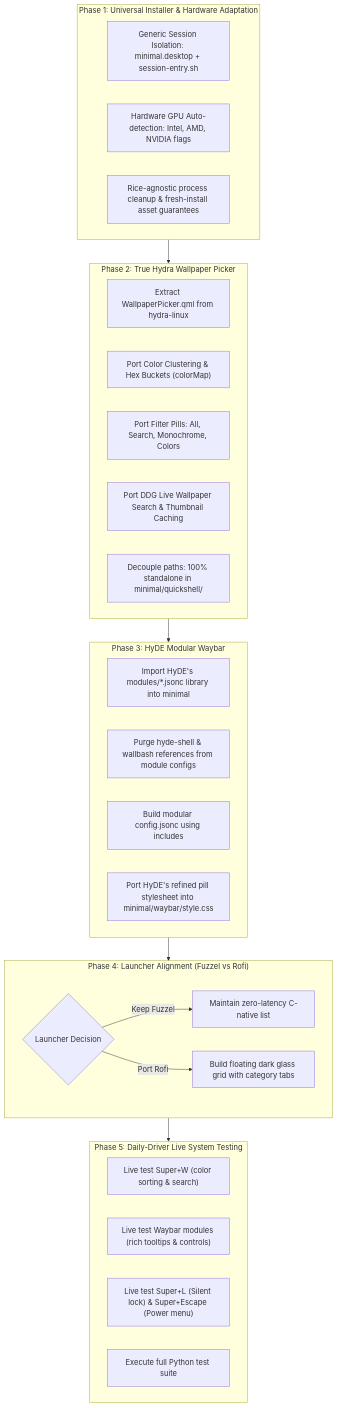
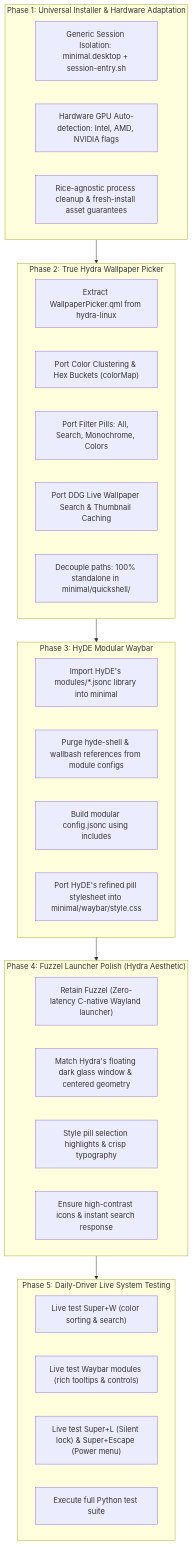
Before and after one commit to AnesuBlessed/minimal: the diagram in RESTORATION_PLAN.md, drawn with Mermaid. The commit also changed other lines of this file and 2 other files, not shown here.

Commit message:
docs: lock in Fuzzel with Hydra aesthetic in restoration plan

````diff
--- a/RESTORATION_PLAN.md
+++ b/RESTORATION_PLAN.md
@@ -94,38 +94,39 @@
 ```mermaid
 flowchart TD
     subgraph P1 ["Phase 1: Universal Installer & Hardware Adaptation"]
         U1["Generic Session Isolation: minimal.desktop + session-entry.sh"]
         U2["Hardware GPU Auto-detection: Intel, AMD, NVIDIA flags"]
         U3["Rice-agnostic process cleanup & fresh-install asset guarantees"]
     end
 
     subgraph P2 ["Phase 2: True Hydra Wallpaper Picker"]
         H1["Extract WallpaperPicker.qml from hydra-linux"]
         H2["Port Color Clustering & Hex Buckets (colorMap)"]
         H3["Port Filter Pills: All, Search, Monochrome, Colors"]
         H4["Port DDG Live Wallpaper Search & Thumbnail Caching"]
         H5["Decouple paths: 100% standalone in minimal/quickshell/"]
     end
 
     subgraph P3 ["Phase 3: HyDE Modular Waybar"]
         W1["Import HyDE's modules/*.jsonc library into minimal"]
         W2["Purge hyde-shell & wallbash references from module configs"]
         W3["Build modular config.jsonc using includes"]
         W4["Port HyDE's refined pill stylesheet into minimal/waybar/style.css"]
     end
 
-    subgraph P4 ["Phase 4: Launcher Alignment (Fuzzel vs Rofi)"]
-        L1{"Launcher Decision"}
-        L1 -->|"Keep Fuzzel"| L2["Maintain zero-latency C-native list"]
-        L1 -->|"Port Rofi"| L3["Build floating dark glass grid with category tabs"]
+    subgraph P4 ["Phase 4: Fuzzel Launcher Polish (Hydra Aesthetic)"]
+        F1["Retain Fuzzel (Zero-latency C-native Wayland launcher)"]
+        F2["Match Hydra's floating dark glass window & centered geometry"]
+        F3["Style pill selection highlights & crisp typography"]
+        F4["Ensure high-contrast icons & instant search response"]
     end
 
     subgraph P5 ["Phase 5: Daily-Driver Live System Testing"]
         V1["Live test Super+W (color sorting & search)"]
         V2["Live test Waybar modules (rich tooltips & controls)"]
         V3["Live test Super+L (Silent lock) & Super+Escape (Power menu)"]
         V4["Execute full Python test suite"]
     end
 
     P1 --> P2 --> P3 --> P4 --> P5
 ```
````
